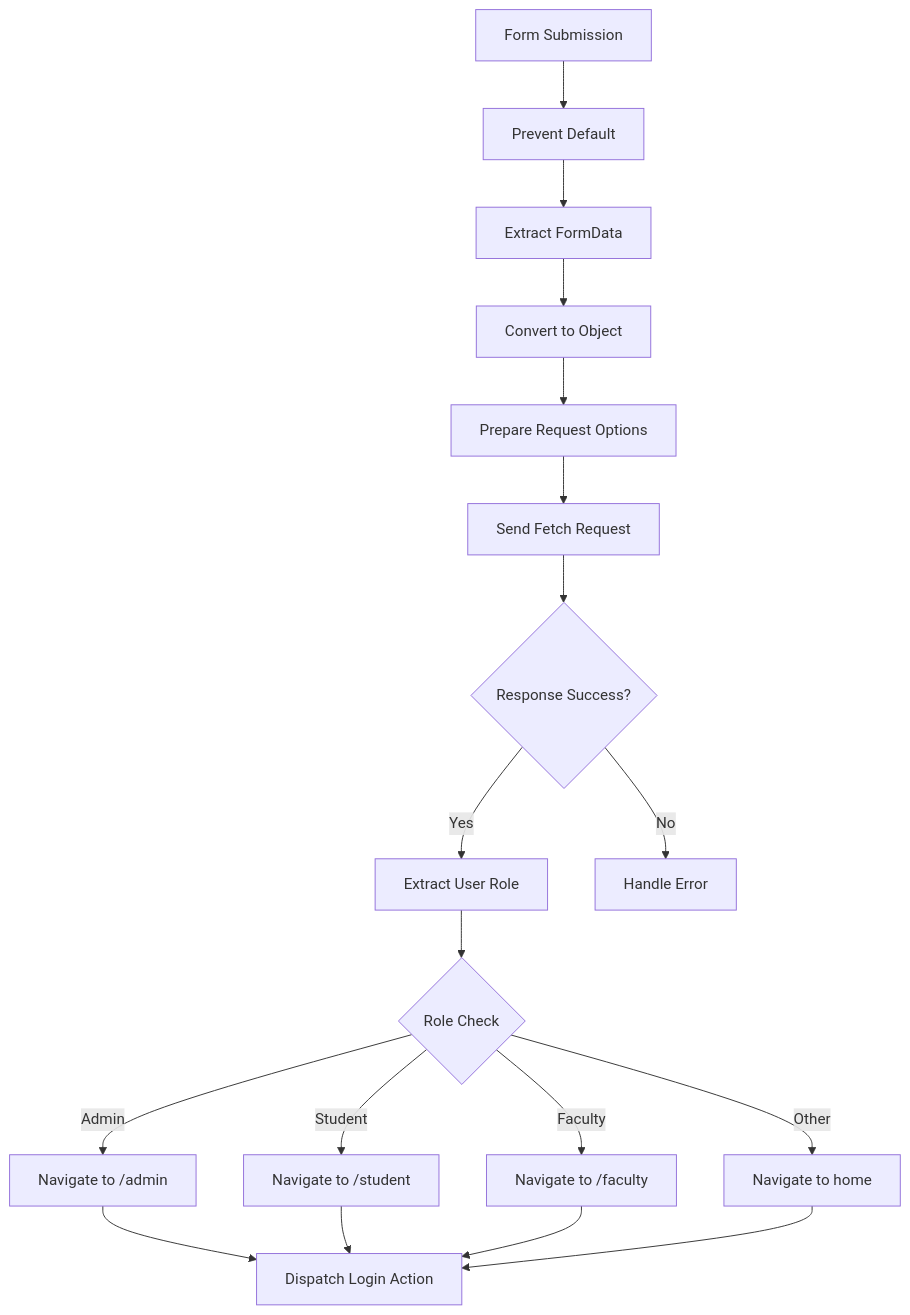
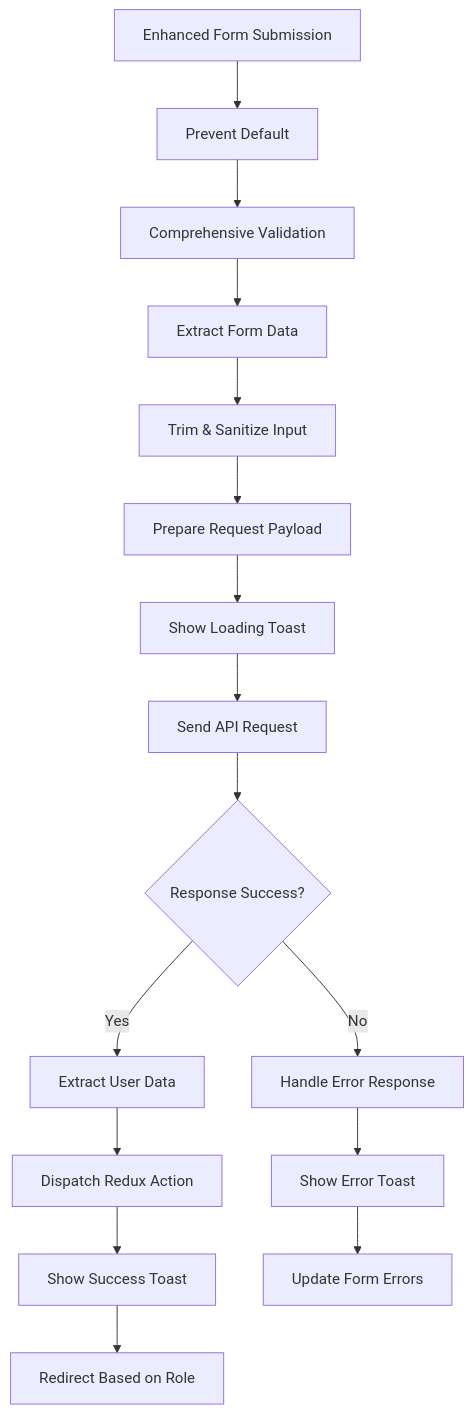
One commit to Aryan9060/Timetable-Project changed the fourth of 14 diagrams in .qoder/repowiki/en/content/Authentication & Authorization/Login Page Implementation.md. Above: the diagram before and after it, drawn with Mermaid. The commit also changed other lines of this file and 21 other files, not shown here.

First line of the commit message:
feat(auth): implement comprehensive JWT-based authentication system

````diff
--- a/.qoder/repowiki/en/content/Authentication & Authorization/Login Page Implementation.md
+++ b/.qoder/repowiki/en/content/Authentication & Authorization/Login Page Implementation.md
@@ -158,20 +193,18 @@
 ```mermaid
 flowchart TD
-A[Form Submission] --> B[Prevent Default]
-B --> C[Extract FormData]
-C --> D[Convert to Object]
-D --> E[Prepare Request Options]
-E --> F[Send Fetch Request]
-F --> G{Response Success?}
-G --> |Yes| H[Extract User Role]
-H --> I{Role Check}
-I --> |Admin| J[Navigate to /admin]
-I --> |Student| K[Navigate to /student]
-I --> |Faculty| L[Navigate to /faculty]
-I --> |Other| M[Navigate to home]
-J --> N[Dispatch Login Action]
-K --> N
-L --> N
-M --> N
-G --> |No| O[Handle Error]
+A[Enhanced Form Submission] --> B[Prevent Default]
+B --> C[Comprehensive Validation]
+C --> D[Extract Form Data]
+D --> E[Trim & Sanitize Input]
+E --> F[Prepare Request Payload]
+F --> G[Show Loading Toast]
+G --> H[Send API Request]
+H --> I{Response Success?}
+I --> |Yes| J[Extract User Data]
+J --> K[Dispatch Redux Action]
+K --> L[Show Success Toast]
+L --> M[Redirect Based on Role]
+I --> |No| N[Handle Error Response]
+N --> O[Show Error Toast]
+O --> P[Update Form Errors]
 ```
````
